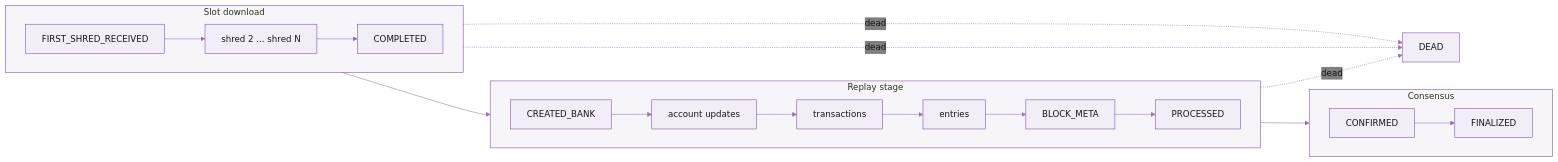
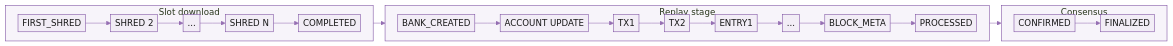
The diagram in solana/streaming/dragons-mouth-g-rpc.mdx (kshyndina/docs), drawn with Mermaid before and after one commit. The commit also changed other lines of this file and 2 other files, not shown here.

````diff
--- a/solana/streaming/dragons-mouth-g-rpc.mdx
+++ b/solana/streaming/dragons-mouth-g-rpc.mdx
@@ -1109,29 +1108,20 @@
 ```mermaid
-%%{init: {'theme':'base','themeVariables':{'primaryColor':'#F2EDF6','primaryBorderColor':'#7A4BA0','primaryTextColor':'#171717','lineColor':'#956FB3','secondaryColor':'#E4DBEC','tertiaryColor':'#D7C9E3','noteBkgColor':'#FFC845','noteTextColor':'#171717','clusterBkg':'#F7F4FA','clusterBorder':'#7A4BA0','actorBkg':'#F2EDF6','actorBorder':'#7A4BA0','actorTextColor':'#171717','signalColor':'#492D60','labelBoxBkgColor':'#7A4BA0','labelTextColor':'#F7F7F7','edgeLabelBackground':'transparent'}}}%%
+%%{init: {'theme':'base','themeVariables':{'fontSize':'16px','primaryColor':'#F2EDF6','primaryBorderColor':'#7A4BA0','primaryTextColor':'#171717','lineColor':'#956FB3','secondaryColor':'#E4DBEC','tertiaryColor':'#D7C9E3','noteBkgColor':'#FFC845','noteTextColor':'#171717','clusterBkg':'#F7F4FA','clusterBorder':'#7A4BA0','actorBkg':'#F2EDF6','actorBorder':'#7A4BA0','actorTextColor':'#171717','signalColor':'#492D60','labelBoxBkgColor':'#7A4BA0','labelTextColor':'#F7F7F7','edgeLabelBackground':'transparent'},'flowchart':{'nodeSpacing':14,'rankSpacing':22,'padding':4,'curve':'linear'}}}%%
 flowchart LR
     subgraph SD["Slot download"]
       direction LR
-      S1[FIRST_SHRED_RECEIVED] --> S2[shred 2 ... shred N]
-      S2 --> S3[COMPLETED]
+      S1[FIRST_SHRED] --> S2[SHRED 2] --> S3[...] --> S4[SHRED N] --> S5[COMPLETED]
     end
 
     subgraph RS["Replay stage"]
       direction LR
-      R1[CREATED_BANK] --> R2[account updates]
-      R2 --> R3[transactions]
-      R3 --> R4[entries]
-      R4 --> R5[BLOCK_META]
-      R5 --> R6[PROCESSED]
+      R1[BANK_CREATED] --> R2[ACCOUNT UPDATE] --> R3[TX1] --> R4[TX2] --> R5[ENTRY1] --> R6[...] --> R7[BLOCK_META] --> R8[PROCESSED]
     end
 
     subgraph CN["Consensus"]
       direction LR
       C1[CONFIRMED] --> C2[FINALIZED]
     end
 
     SD --> RS --> CN
-
-    S1 -.dead.-> X[DEAD]
-    S3 -.dead.-> X
-    R1 -.dead.-> X
 ```
````
